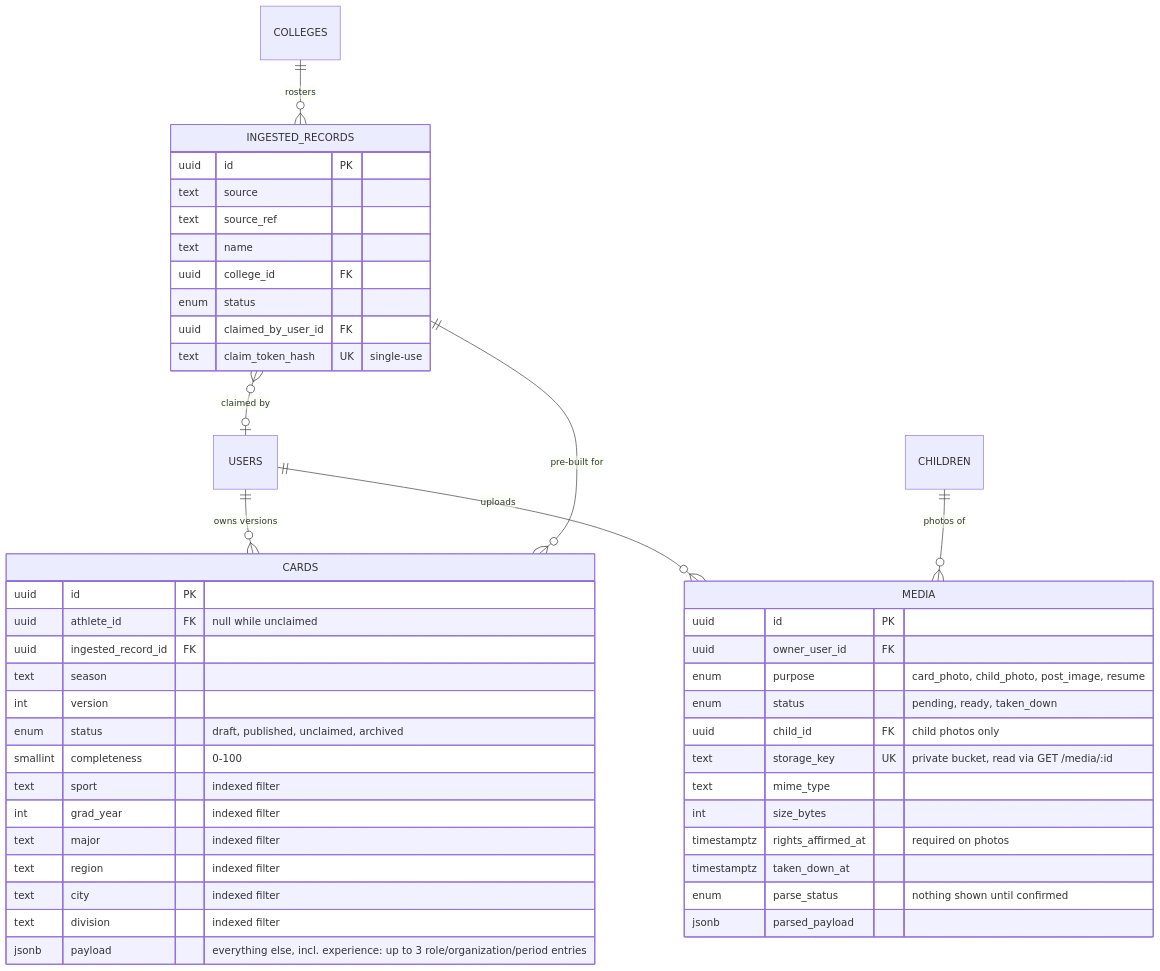
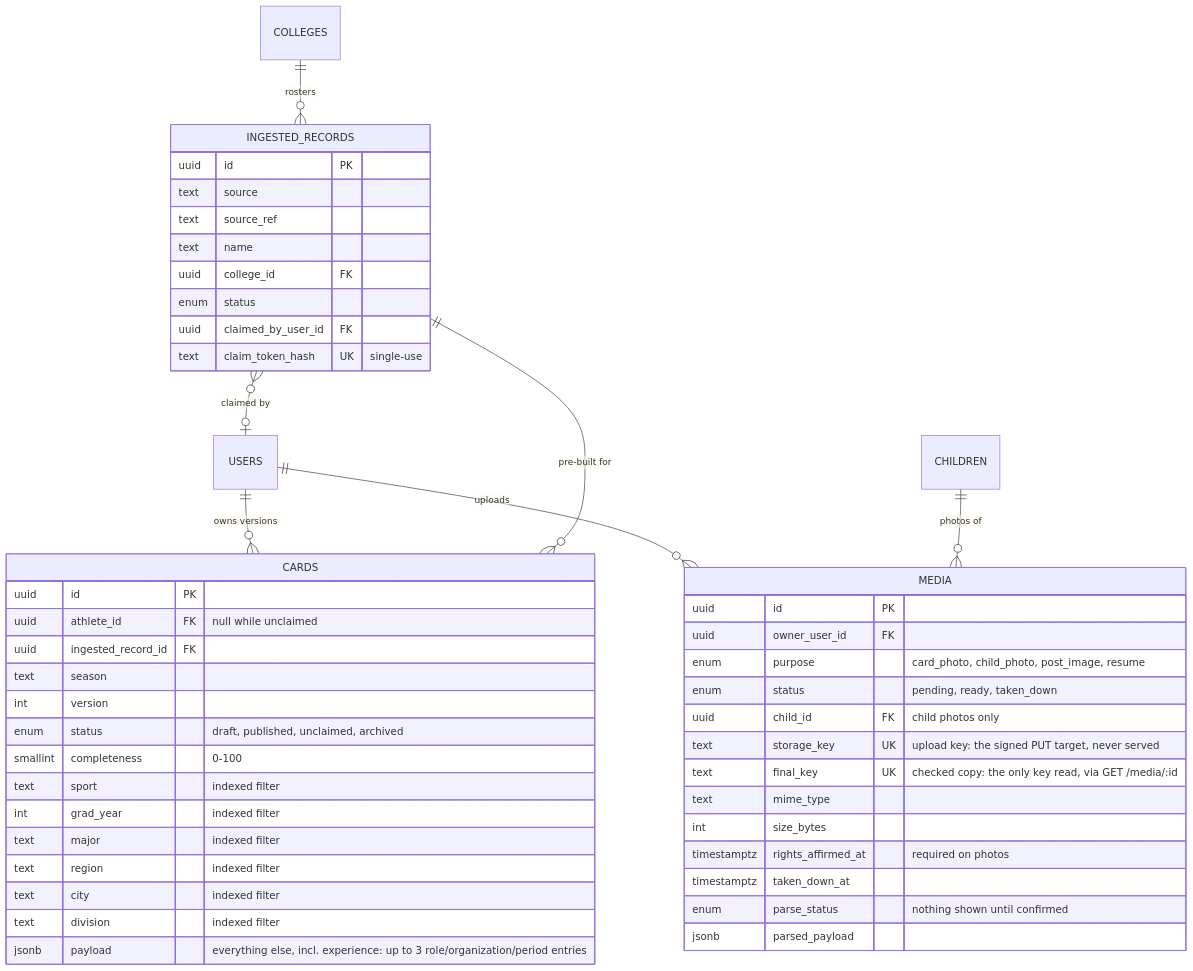
One commit to shourya0523/Team-Impact-Portal changed the second of 4 diagrams in docs/data-model.md. Above: the diagram before and after it, drawn with Mermaid. The commit also changed other lines of this file and 12 other files, not shown here.

First line of the commit message:
Serve only a server-side copy checked on upload completion

````diff
--- a/docs/data-model.md
+++ b/docs/data-model.md
@@ -190,50 +198,51 @@
 ```mermaid
 erDiagram
     USERS ||--o{ CARDS : "owns versions"
     INGESTED_RECORDS ||--o{ CARDS : "pre-built for"
     INGESTED_RECORDS }o--o| USERS : "claimed by"
     COLLEGES ||--o{ INGESTED_RECORDS : "rosters"
     USERS ||--o{ MEDIA : "uploads"
     CHILDREN ||--o{ MEDIA : "photos of"
 
     CARDS {
         uuid id PK
         uuid athlete_id FK "null while unclaimed"
         uuid ingested_record_id FK
         text season
         int version
         enum status "draft, published, unclaimed, archived"
         smallint completeness "0-100"
         text sport "indexed filter"
         int grad_year "indexed filter"
         text major "indexed filter"
         text region "indexed filter"
         text city "indexed filter"
         text division "indexed filter"
         jsonb payload "everything else, incl. experience: up to 3 role/organization/period entries"
     }
     INGESTED_RECORDS {
         uuid id PK
         text source
         text source_ref
         text name
         uuid college_id FK
         enum status
         uuid claimed_by_user_id FK
         text claim_token_hash UK "single-use"
     }
     MEDIA {
         uuid id PK
         uuid owner_user_id FK
         enum purpose "card_photo, child_photo, post_image, resume"
         enum status "pending, ready, taken_down"
         uuid child_id FK "child photos only"
-        text storage_key UK "private bucket, read via GET /media/:id"
+        text storage_key UK "upload key: the signed PUT target, never served"
+        text final_key UK "checked copy: the only key read, via GET /media/:id"
         text mime_type
         int size_bytes
         timestamptz rights_affirmed_at "required on photos"
         timestamptz taken_down_at
         enum parse_status "nothing shown until confirmed"
         jsonb parsed_payload
     }
 ```
````
